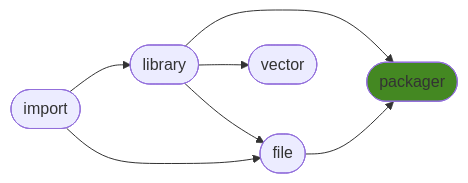
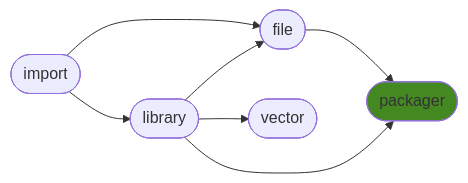
One commit to ManderaGeneral/generalpackager changed the diagram in README.md. Above: the diagram before and after it, drawn with Mermaid. The commit also changed other lines of this file, not shown here.

````diff
--- a/README.md
+++ b/README.md
@@ -24,15 +24,15 @@
 ```mermaid
 flowchart LR
+2([file]) --> 4([packager])
+0([import]) --> 2([file])
+1([library]) --> 4([packager])
 1([library]) --> 2([file])
-0([import]) --> 2([file])
+0([import]) --> 1([library])
 1([library]) --> 3([vector])
-1([library]) --> 4([packager])
-0([import]) --> 1([library])
-2([file]) --> 4([packager])
 click 0 "https://github.com/ManderaGeneral/generalimport"
 click 1 "https://github.com/ManderaGeneral/generallibrary"
 click 2 "https://github.com/ManderaGeneral/generalfile"
 click 3 "https://github.com/ManderaGeneral/generalvector"
 click 4 "https://github.com/ManderaGeneral/generalpackager"
 style 4 fill:#482
 ```
````
